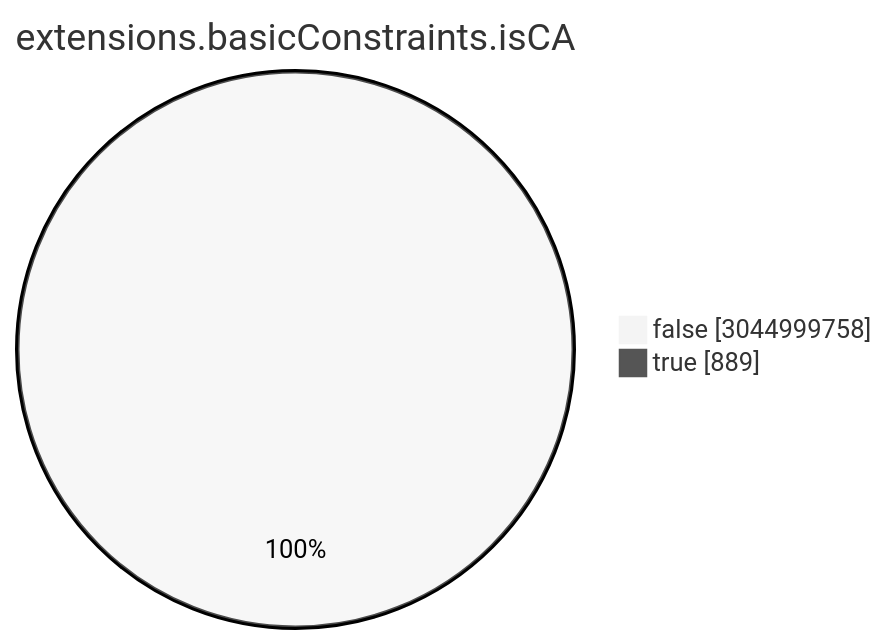
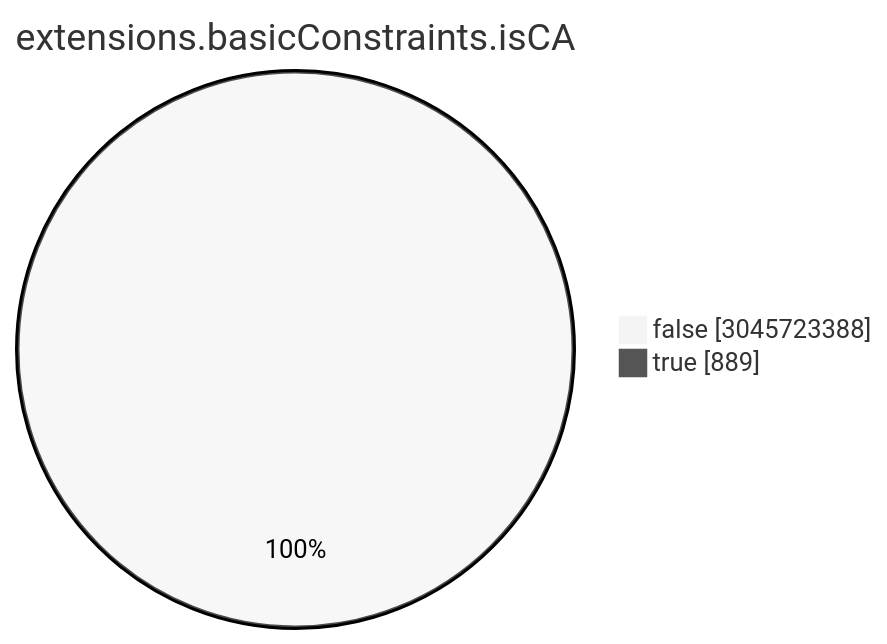
One commit to christiankrug/ctmonitor_visualization changed the seventh of 15 diagrams in TOTAL/README.md. Above: the diagram before and after it, drawn with Mermaid (neutral theme). The commit also changed other lines of this file, not shown here.

````diff
--- a/TOTAL/README.md
+++ b/TOTAL/README.md
@@ -3086,6 +3086,6 @@
 ```mermaid
 pie showData
 title extensions.basicConstraints.isCA
-"false" :3044999758
+"false" :3045723388
 "true" :889
 ```
````
